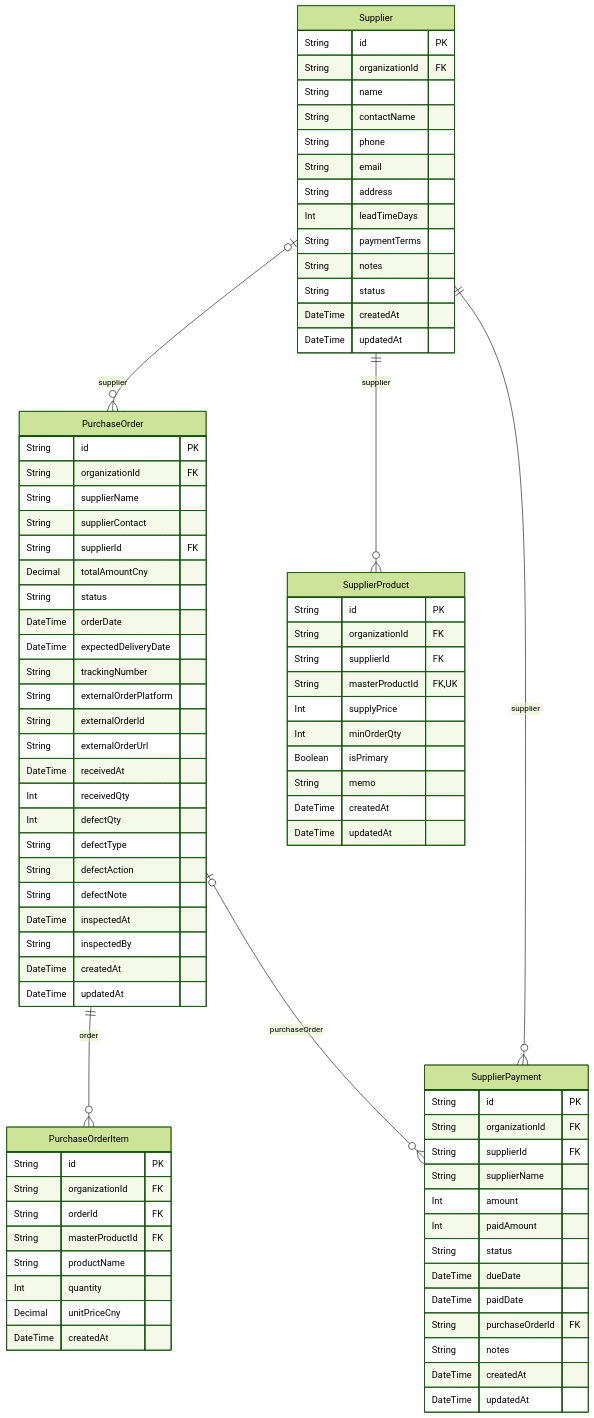
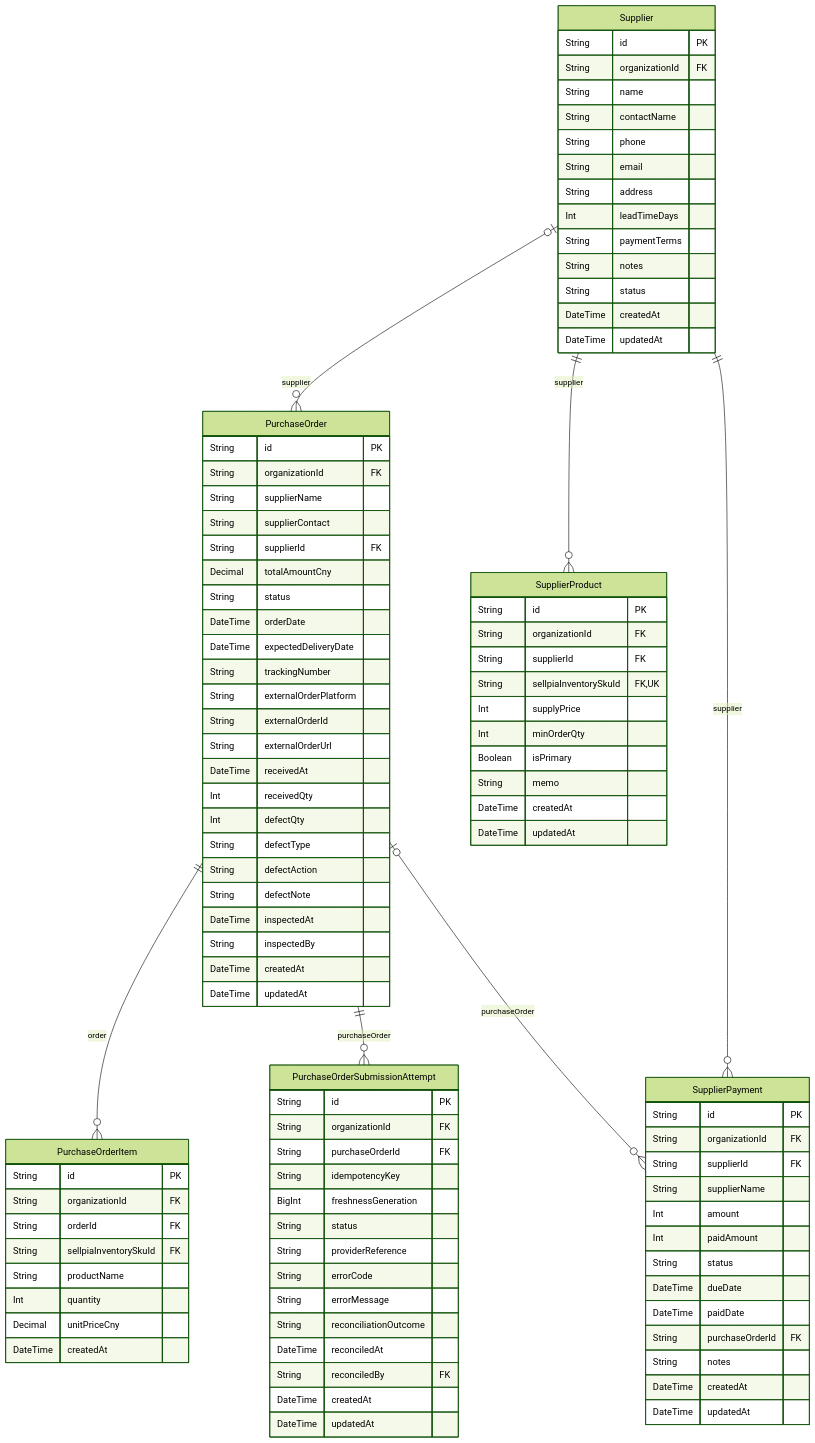
The diagram in docs/erd/supply.md (AgentFoundry-Labs/kiditem), drawn with Mermaid (forest theme) before and after one commit. The commit also changed other lines of this file and 595 other files, not shown here.

First line of the commit message:
feat: automate Sellpia inventory freshness and product operations (#330)

```diff
--- a/docs/erd/supply.md
+++ b/docs/erd/supply.md
@@ -48,11 +49,27 @@
     String id PK
     String organizationId FK
     String orderId FK
-    String masterProductId FK
+    String sellpiaInventorySkuId FK
     String productName
     Int quantity
     Decimal unitPriceCny
     DateTime createdAt
+  }
+  PurchaseOrderSubmissionAttempt {
+    String id PK
+    String organizationId FK
+    String purchaseOrderId FK
+    String idempotencyKey
+    BigInt freshnessGeneration
+    String status
+    String providerReference
+    String errorCode
+    String errorMessage
+    String reconciliationOutcome
+    DateTime reconciledAt
+    String reconciledBy FK
+    DateTime createdAt
+    DateTime updatedAt
   }
   Supplier {
     String id PK
@@ -88,7 +105,7 @@
     String id PK
     String organizationId FK
     String supplierId FK
-    String masterProductId FK,UK
+    String sellpiaInventorySkuId FK,UK
     Int supplyPrice
     Int minOrderQty
     Boolean isPrimary
@@ -97,6 +114,7 @@
     DateTime updatedAt
   }
   PurchaseOrder ||--o{ PurchaseOrderItem : "order"
+  PurchaseOrder ||--o{ PurchaseOrderSubmissionAttempt : "purchaseOrder"
   PurchaseOrder o|--o{ SupplierPayment : "purchaseOrder"
   Supplier o|--o{ PurchaseOrder : "supplier"
   Supplier ||--o{ SupplierPayment : "supplier"
```
